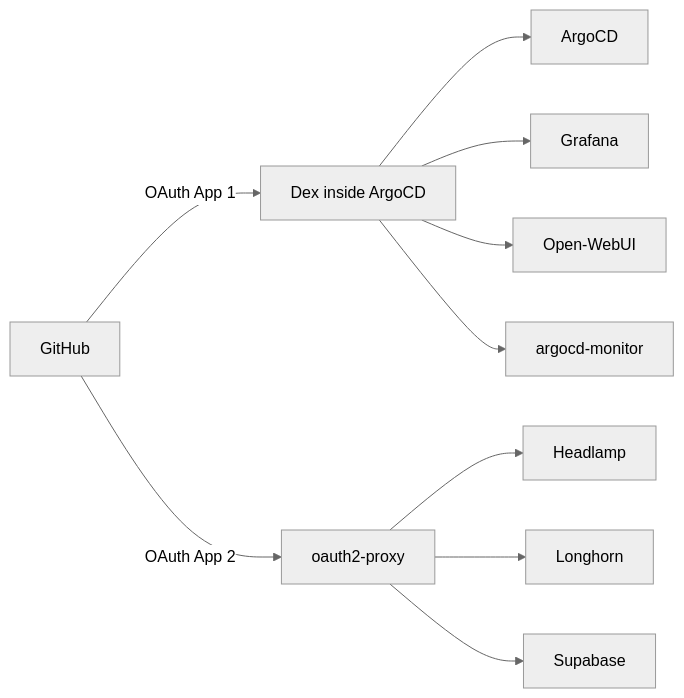
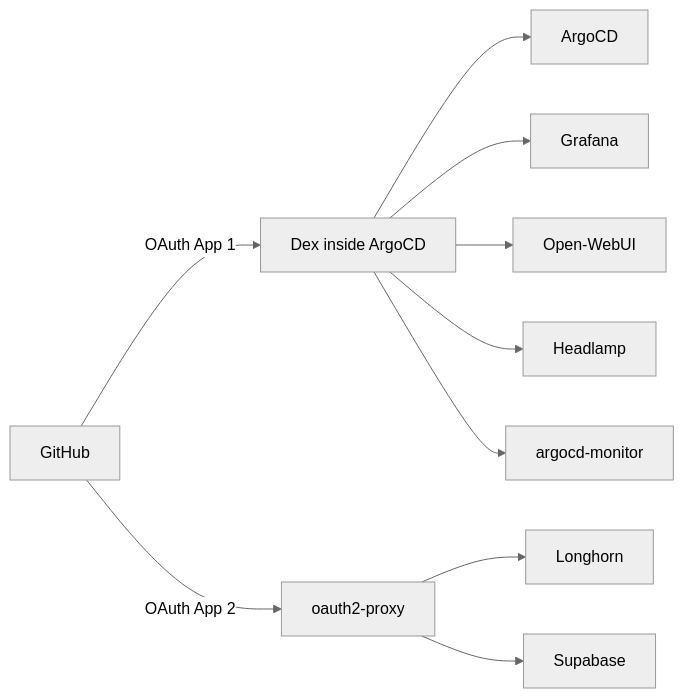
The diagram in docs/how-to/oauth-setup.md (gilesknap/tpi-k3s-ansible), drawn with Mermaid (neutral theme) before and after one commit. The commit also changed other lines of this file and 12 other files, not shown here.

First line of the commit message:
docs: update all references from Headlamp oauth2-proxy to Dex OIDC

````diff
--- a/docs/how-to/oauth-setup.md
+++ b/docs/how-to/oauth-setup.md
@@ -14,18 +14,18 @@
 ```{mermaid}
 flowchart LR
     GH[GitHub]
     DEX[Dex inside ArgoCD]
     OAP[oauth2-proxy]
 
     GH -->|OAuth App 1| DEX
     GH -->|OAuth App 2| OAP
 
     DEX --> ArgoCD
     DEX --> Grafana
     DEX --> Open-WebUI
+    DEX --> Headlamp
     DEX --> argocd-monitor
 
-    OAP --> Headlamp
     OAP --> Longhorn
     OAP --> Supabase
 ```
````
